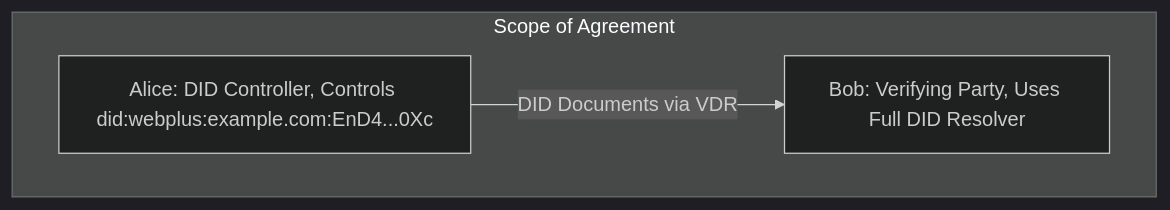
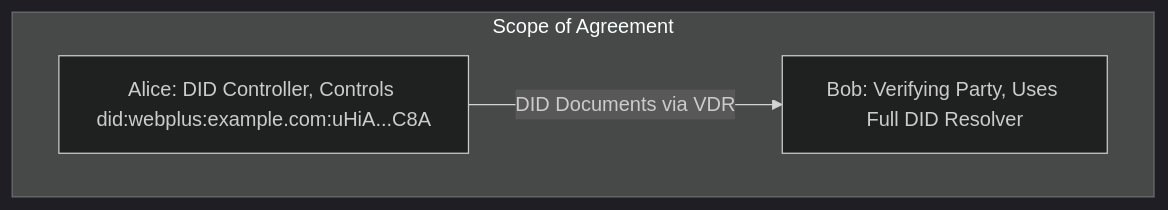
One commit to LedgerDomain/did-webplus-spec changed the sixth of 26 diagrams in spec.md. Above: the diagram before and after it, drawn with Mermaid (dark theme). The commit also changed other lines of this file and 3 other files, not shown here.

````diff
--- a/spec.md
+++ b/spec.md
@@ -440,7 +395,7 @@
 ```mermaid
 graph TD
     subgraph Scope of Agreement
-    Alice[ Alice: DID Controller, Controls did:webplus:example.com:EnD4...0Xc ] -->|DID Documents via VDR| Bob
+    Alice[ Alice: DID Controller, Controls did:webplus:example.com:uHiA...C8A ] -->|DID Documents via VDR| Bob
     Bob[ Bob: Verifying Party, Uses Full DID Resolver ]
     end
 ```
````
